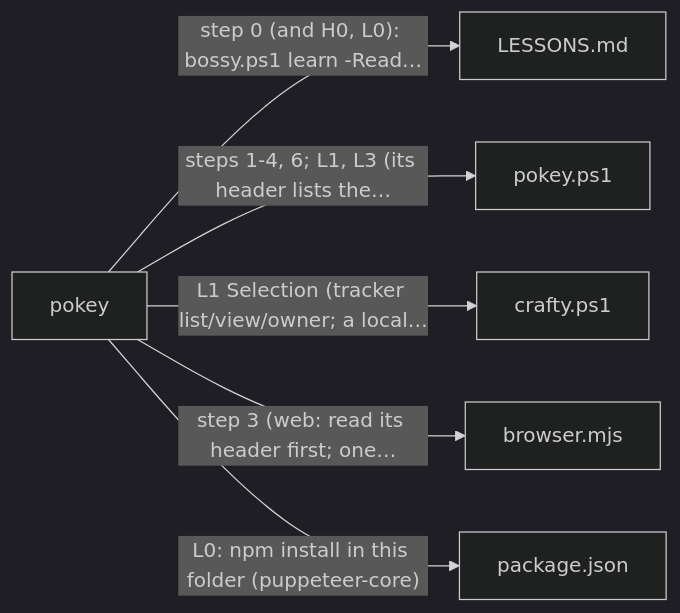
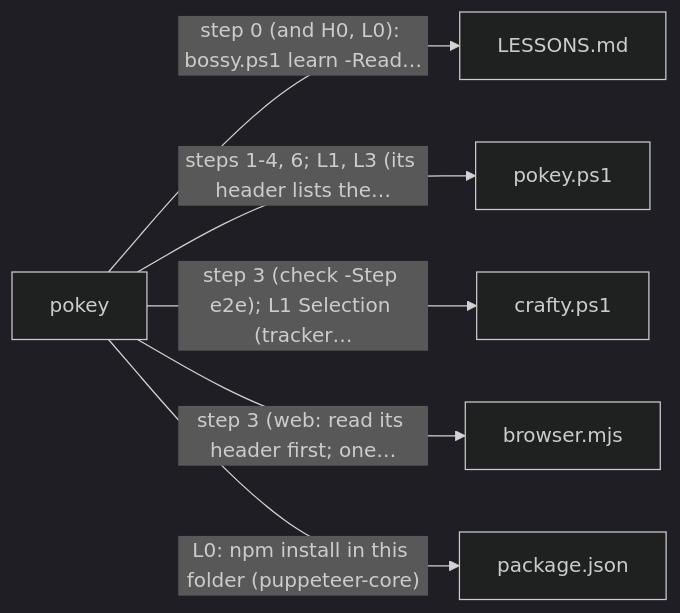
Before and after one commit to prskid1000/claude-crew: the sixth of 6 diagrams in README.md, drawn with Mermaid (dark theme). The commit also changed other lines of this file and 6 other files, not shown here.

````diff
--- a/README.md
+++ b/README.md
@@ -409,9 +409,9 @@
 ```mermaid
 flowchart LR
   skills_pokey_SKILL_md["pokey"]
   skills_pokey_SKILL_md -->|"step 0 (and H0, L0): bossy.ps1 learn -Read…"| LESSONS_md["LESSONS.md"]
   skills_pokey_SKILL_md -->|"steps 1-4, 6; L1, L3 (its header lists the…"| skills_pokey_pokey_ps1["pokey.ps1"]
-  skills_pokey_SKILL_md -->|"L1 Selection (tracker list/view/owner; a local…"| skills_crafty_crafty_ps1["crafty.ps1"]
+  skills_pokey_SKILL_md -->|"step 3 (check -Step e2e); L1 Selection (tracker…"| skills_crafty_crafty_ps1["crafty.ps1"]
   skills_pokey_SKILL_md -->|"step 3 (web: read its header first; one…"| skills_pokey_browser_mjs["browser.mjs"]
   skills_pokey_SKILL_md -->|"L0: npm install in this folder (puppeteer-core)"| skills_pokey_package_json["package.json"]
 ```
````
